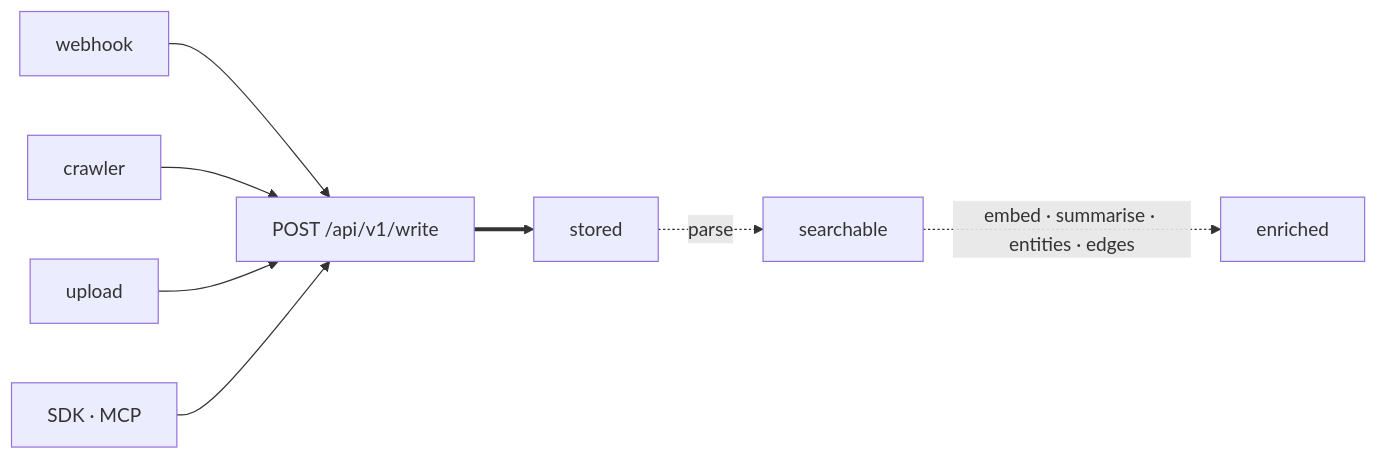
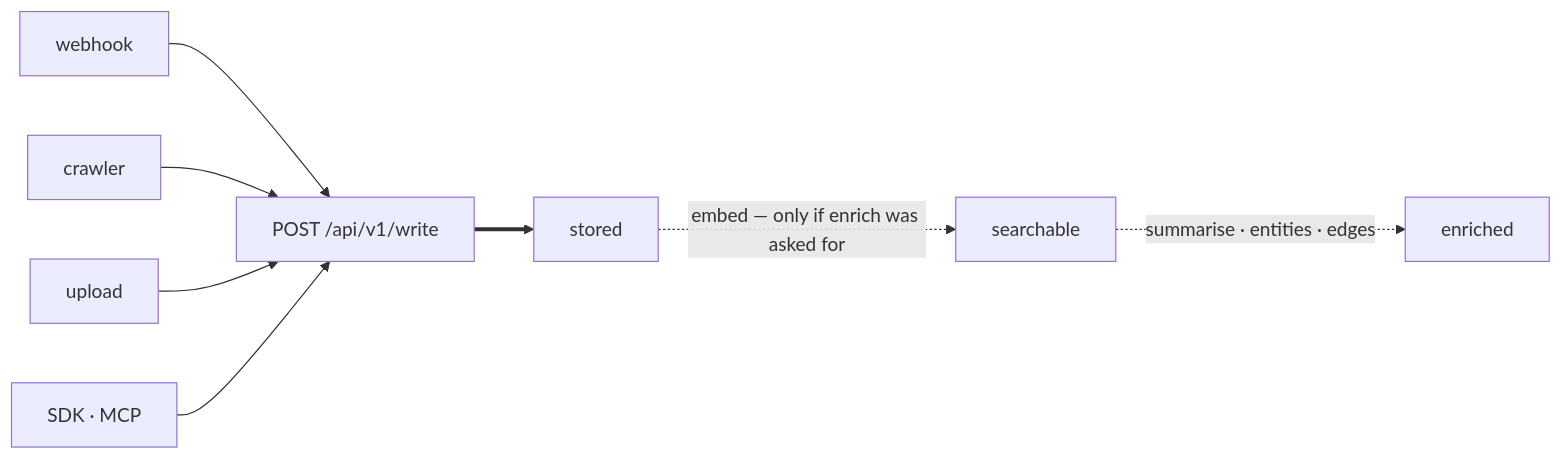
One commit to knotking/open-mem changed the first of 4 diagrams in README.md. Above: the diagram before and after it, drawn with Mermaid. The commit also changed other lines of this file, not shown here.

````diff
--- a/README.md
+++ b/README.md
@@ -66,10 +74,10 @@
 ```mermaid
 flowchart LR
     WH[webhook] --> WRITE
     CR[crawler] --> WRITE
     UP[upload] --> WRITE
     SDK[SDK · MCP] --> WRITE
     WRITE["POST /api/v1/write"] ==> STORED[stored]
-    STORED -. parse .-> SEARCHABLE[searchable]
-    SEARCHABLE -. embed · summarise · entities · edges .-> ENRICHED[enriched]
+    STORED -. "embed — only if enrich was asked for" .-> SEARCHABLE[searchable]
+    SEARCHABLE -. "summarise · entities · edges" .-> ENRICHED[enriched]
 ```
````
